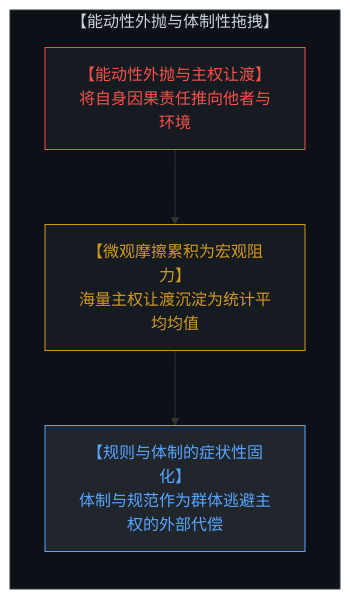
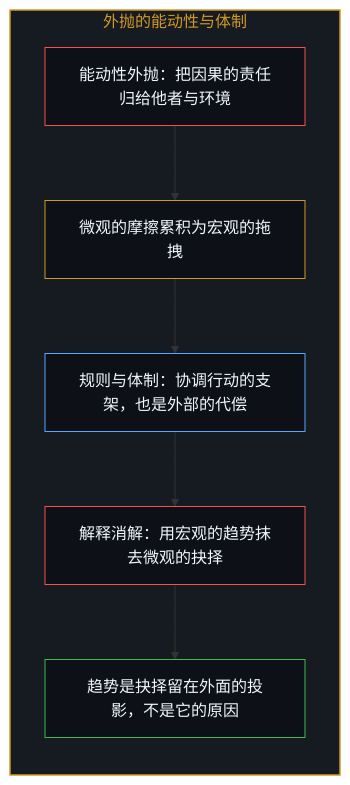
The ninth of 18 diagrams in content/posts/the-geometry-of-coexistence-and-the-dual-cut.md (powerpig99/not-a-toe), drawn with Mermaid before and after one commit. The commit also changed other lines of this file and 2 other files, not shown here.

Commit message:
Refine the-geometry-of-coexistence-and-the-dual-cut: alternating bilingual layout, nine paired diagrams, institutions given their use, the observed and the inferred other, implicit first person

````diff
--- a/content/posts/the-geometry-of-coexistence-and-the-dual-cut.md
+++ b/content/posts/the-geometry-of-coexistence-and-the-dual-cut.md
@@ -151,15 +231,22 @@
 ```mermaid
-graph TD
-    subgraph InstitutionalDrag["【能动性外抛与体制性拖拽】"]
+flowchart TD
+    subgraph S_Drag["外抛的能动性与体制"]
         direction TB
-        AgencyMisallocation["【能动性外抛与主权让渡】<br>将自身因果责任推向他者与环境"]
-        CumulativeDrag["【微观摩擦累积为宏观阻力】<br>海量主权让渡沉淀为统计平均均值"]
-        InstitutionalSymptom["【规则与体制的症状性固化】<br>体制与规范作为群体逃避主权的外部代偿"]
-        AgencyMisallocation --> CumulativeDrag
-        CumulativeDrag --> InstitutionalSymptom
+        Throw["能动性外抛：把因果的责任归给他者与环境"]
+        Drag["微观的摩擦累积为宏观的拖拽"]
+        Inst["规则与体制：协调行动的支架，也是外部的代偿"]
+        Explain["解释消解：用宏观的趋势抹去微观的抉择"]
+        Shadow["趋势是抉择留在外面的投影，不是它的原因"]
+        Throw --> Drag
+        Drag --> Inst
+        Inst --> Explain
+        Explain --> Shadow
     end
-    style InstitutionalDrag fill:#0d1117,stroke:#30363d,stroke-width:1px,color:#c9d1d9
-    style AgencyMisallocation fill:#161b22,stroke:#f85149,stroke-width:1px,color:#f85149
-    style CumulativeDrag fill:#161b22,stroke:#d29922,stroke-width:1px,color:#d29922
-    style InstitutionalSymptom fill:#21262d,stroke:#58a6ff,stroke-width:1px,color:#58a6ff
+
+    style S_Drag fill:#161b22,stroke:#d29922,stroke-width:1.5px,color:#d29922
+    style Throw fill:#0d1117,stroke:#f85149,stroke-width:1px,color:#f0f6fc
+    style Drag fill:#0d1117,stroke:#d29922,stroke-width:1px,color:#f0f6fc
+    style Inst fill:#0d1117,stroke:#58a6ff,stroke-width:1px,color:#f0f6fc
+    style Explain fill:#0d1117,stroke:#f85149,stroke-width:1px,color:#f0f6fc
+    style Shadow fill:#0d1117,stroke:#3fb950,stroke-width:1px,color:#f0f6fc
 ```
````
